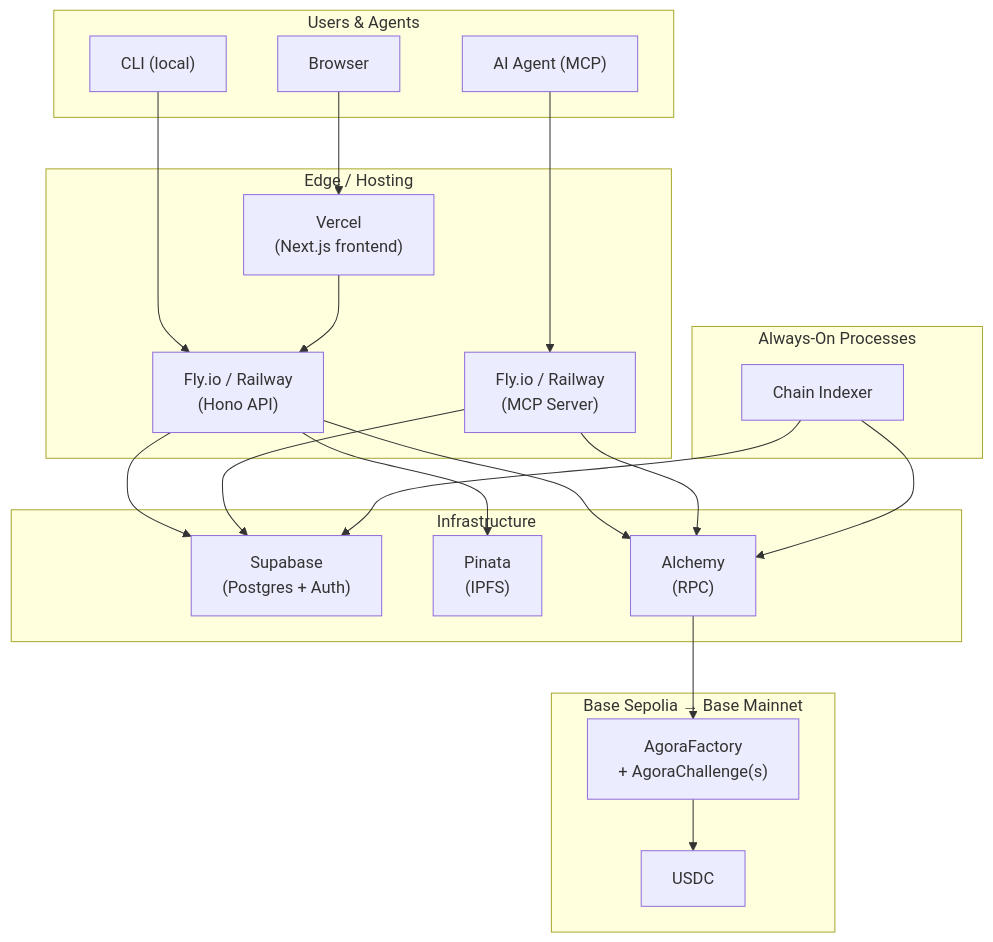
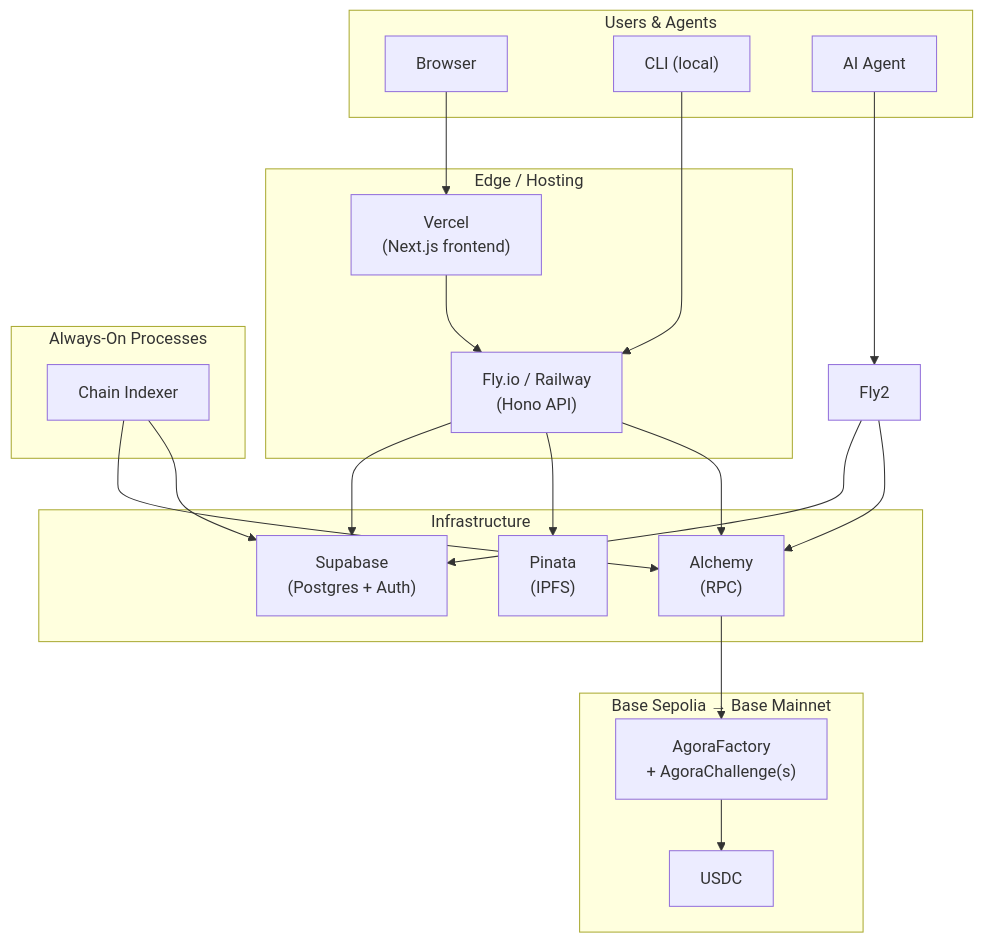
Diagram 13 of 13 in docs/architecture.md (andymolecule/Hermes), drawn with Mermaid before and after one commit. The commit also changed other lines of this file and 166 other files, not shown here.

Commit message:
Hard-cut machine contract cleanup and runtime schema enforcement

````diff
--- a/docs/architecture.md
+++ b/docs/architecture.md
@@ -817,43 +760,42 @@
 ```mermaid
 flowchart TB
     subgraph Users["Users & Agents"]
         Browser["Browser"]
         CLIUser["CLI (local)"]
-        AIAgent["AI Agent (MCP)"]
+        AIAgent["AI Agent"]
     end
 
     subgraph Edge["Edge / Hosting"]
         Vercel["Vercel<br/>(Next.js frontend)"]
         Fly1["Fly.io / Railway<br/>(Hono API)"]
-        Fly2["Fly.io / Railway<br/>(MCP Server)"]
     end
 
     subgraph Infra["Infrastructure"]
         Supa["Supabase<br/>(Postgres + Auth)"]
         Pin["Pinata<br/>(IPFS)"]
         Alch["Alchemy<br/>(RPC)"]
     end
 
     subgraph OnChain["Base Sepolia → Base Mainnet"]
         Contracts["AgoraFactory<br/>+ AgoraChallenge(s)"]
         USDCContract["USDC"]
     end
 
     subgraph AlwaysOn["Always-On Processes"]
         Idx["Chain Indexer"]
     end
 
     Browser --> Vercel
     CLIUser --> Fly1
     AIAgent --> Fly2
     Vercel --> Fly1
     Fly1 --> Supa
     Fly1 --> Pin
     Fly1 --> Alch
     Fly2 --> Supa
     Fly2 --> Alch
     Idx --> Alch
     Idx --> Supa
     Alch --> Contracts
     Contracts --> USDCContract
 ```
````
